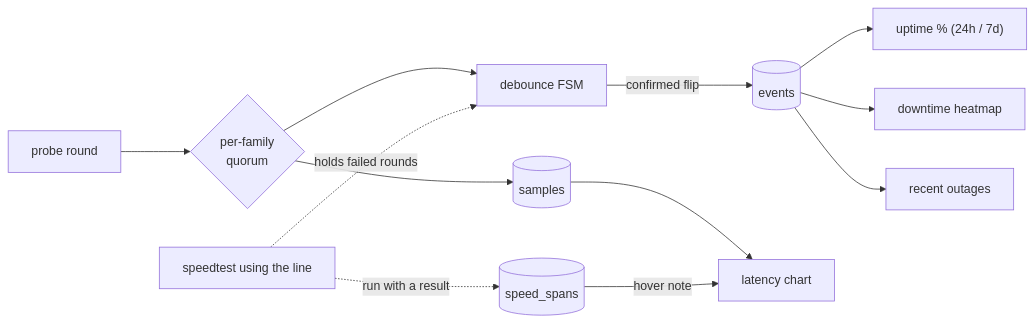
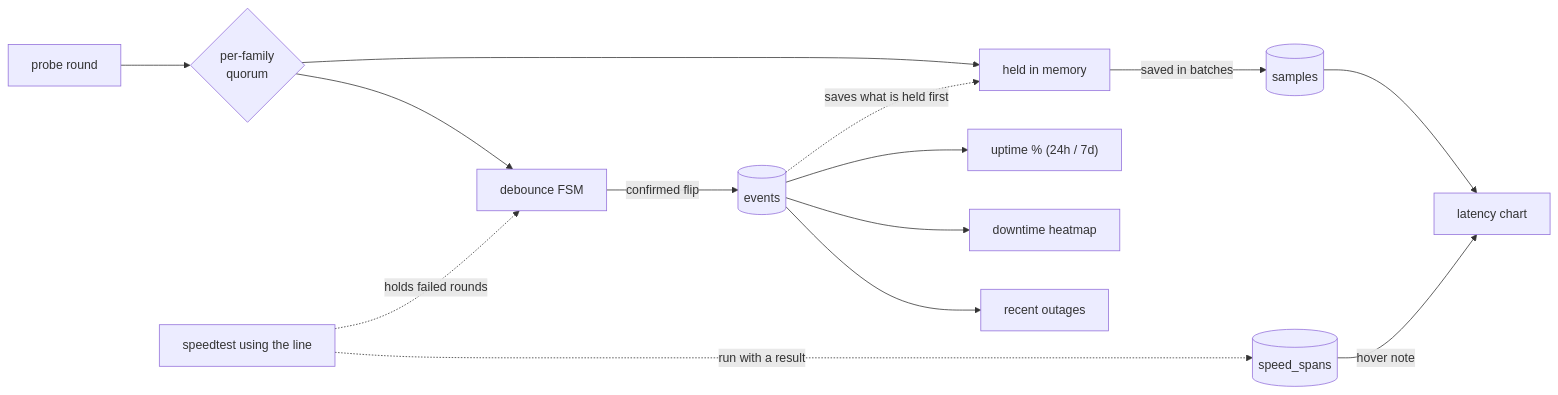
The third of 5 diagrams in docs/architecture.md (pingular/pingularity), drawn with Mermaid before and after one commit. The commit also changed other lines of this file and 21 other files, not shown here.

````diff
--- a/docs/architecture.md
+++ b/docs/architecture.md
@@ -112,14 +112,16 @@
 ```mermaid
 flowchart LR
   round["probe round"] --> quorum{"per-family<br/>quorum"}
-  quorum --> samples[("samples")]
+  quorum --> held["held in memory"]
+  held -->|saved in batches| samples[("samples")]
   quorum --> fsm["debounce FSM"]
   fsm -->|confirmed flip| events[("events")]
+  events -.->|saves what is held first| held
   test["speedtest using the line"] -.->|holds failed rounds| fsm
   test -.->|run with a result| spans[("speed_spans")]
   samples --> chart["latency chart"]
   spans -->|hover note| chart
   events --> uptime["uptime % (24h / 7d)"]
   events --> heatmap["downtime heatmap"]
   events --> log["recent outages"]
 ```
````
